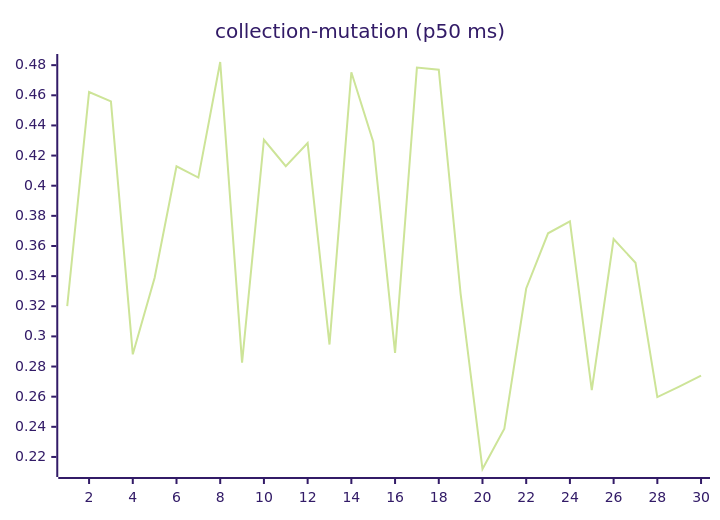
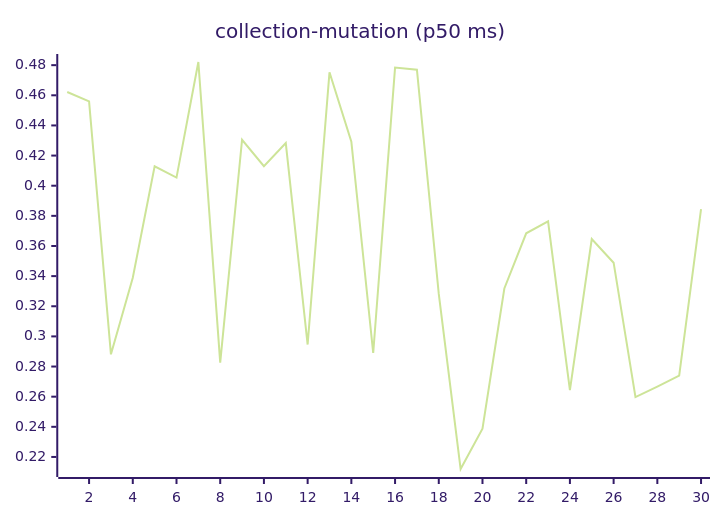
The sixth of 27 diagrams in README.md (josha/Facet), drawn with Mermaid (forest theme) before and after one commit. The commit also changed other lines of this file and 2 other files, not shown here.

````diff
--- a/README.md
+++ b/README.md
@@ -98,6 +98,6 @@
 ```mermaid
 xychart-beta
     title "collection-mutation (p50 ms)"
     x-axis 1 --> 30
-    line [0.3201, 0.4622, 0.4560, 0.2881, 0.3389, 0.4129, 0.4054, 0.4821, 0.2826, 0.4305, 0.4130, 0.4283, 0.2946, 0.4753, 0.4292, 0.2890, 0.4784, 0.4770, 0.3282, 0.2120, 0.2388, 0.3318, 0.3684, 0.3763, 0.2643, 0.3646, 0.3489, 0.2597, 0.2667, 0.2740]
+    line [0.4622, 0.4560, 0.2881, 0.3389, 0.4129, 0.4054, 0.4821, 0.2826, 0.4305, 0.4130, 0.4283, 0.2946, 0.4753, 0.4292, 0.2890, 0.4784, 0.4770, 0.3282, 0.2120, 0.2388, 0.3318, 0.3684, 0.3763, 0.2643, 0.3646, 0.3489, 0.2597, 0.2667, 0.2740, 0.3845]
 ```
````
